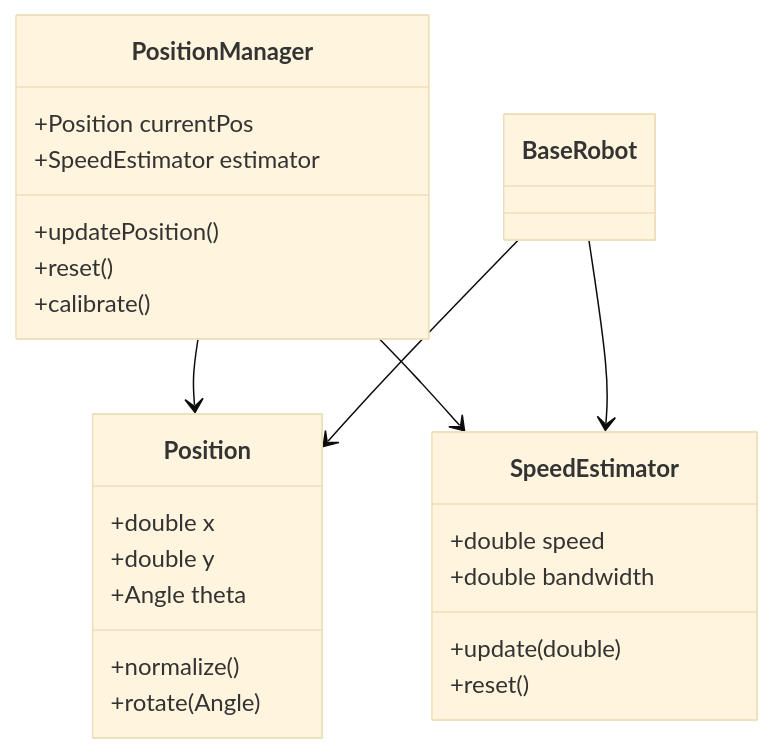
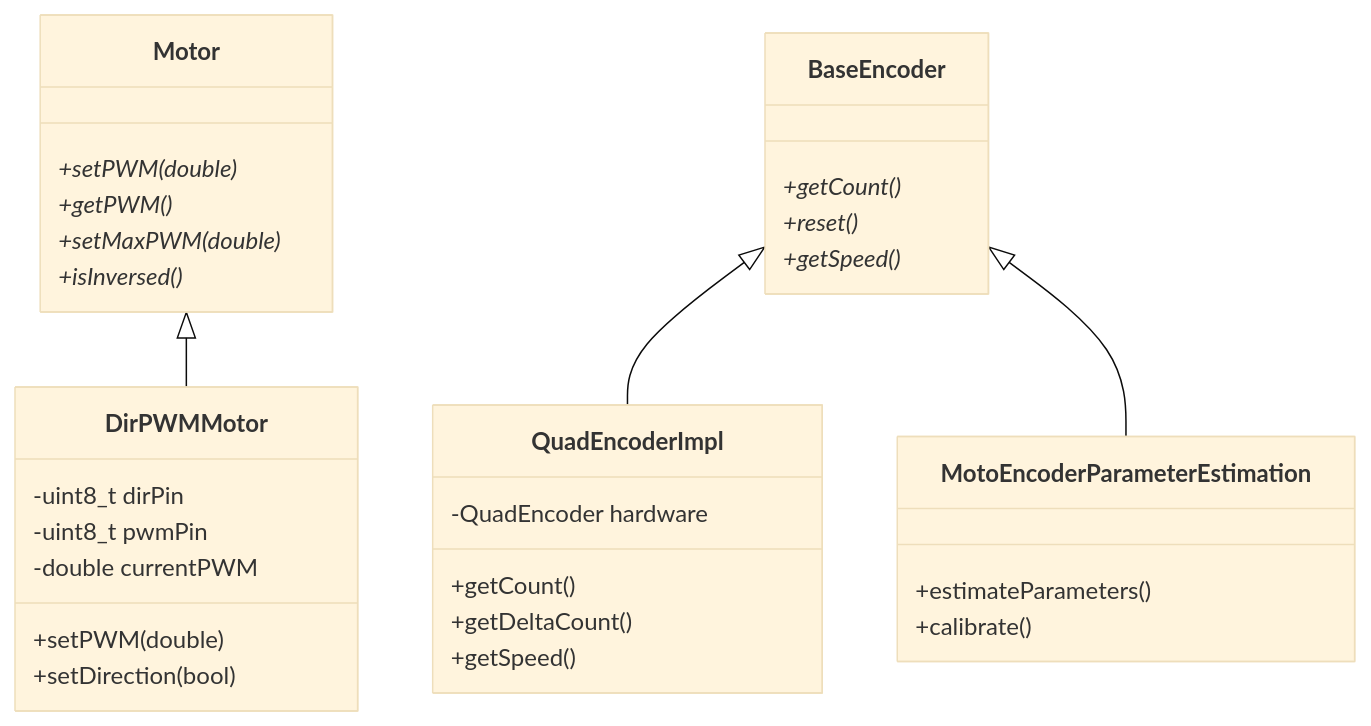
One commit to FogozIV/PAMITeensy changed the sixth of 20 diagrams in ARCHITECTURE.md. Above: the diagram before and after it, drawn with Mermaid (base theme). The commit also changed other lines of this file, not shown here.

Commit message:
Architecture update

````diff
--- a/ARCHITECTURE.md
+++ b/ARCHITECTURE.md
@@ -168,30 +275,39 @@
 ```mermaid
 classDiagram
-    class Position {
-        +double x
-        +double y
-        +Angle theta
-        +normalize()
-        +rotate(Angle)
+    class Motor {
+        +setPWM(double)*
+        +getPWM()*
+        +setMaxPWM(double)*
+        +isInversed()*
     }
     
-    class PositionManager {
-        +Position currentPos
-        +SpeedEstimator estimator
-        +updatePosition()
-        +reset()
+    class DirPWMMotor {
+        -uint8_t dirPin
+        -uint8_t pwmPin
+        -double currentPWM
+        +setPWM(double)
+        +setDirection(bool)
+    }
+    
+    class BaseEncoder {
+        +getCount()*
+        +reset()*
+        +getSpeed()*
+    }
+    
+    class QuadEncoderImpl {
+        -QuadEncoder hardware
+        +getCount()
+        +getDeltaCount()
+        +getSpeed()
+    }
+    
+    class MotoEncoderParameterEstimation {
+        +estimateParameters()
         +calibrate()
     }
     
-    class SpeedEstimator {
-        +double speed
-        +double bandwidth
-        +update(double)
-        +reset()
-    }
-    
-    PositionManager --> Position
-    PositionManager --> SpeedEstimator
-    BaseRobot --> Position
-    BaseRobot --> SpeedEstimator
+    Motor <|-- DirPWMMotor
+    BaseEncoder <|-- QuadEncoderImpl
+    BaseEncoder <|-- MotoEncoderParameterEstimation
 ```
````
